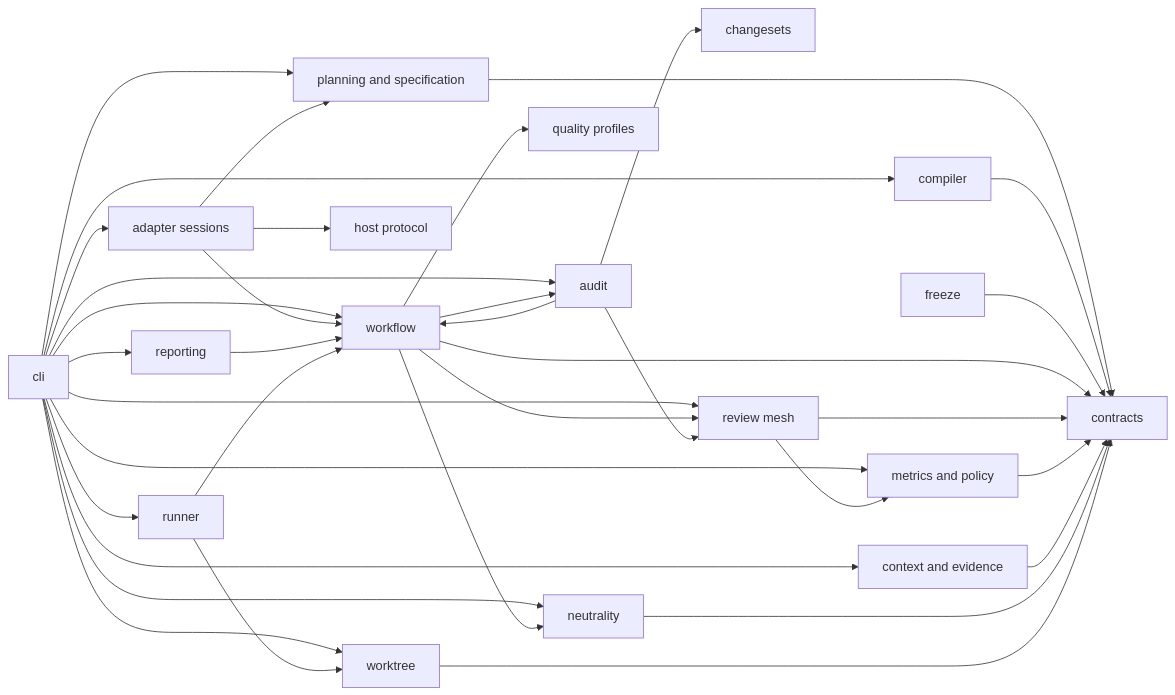
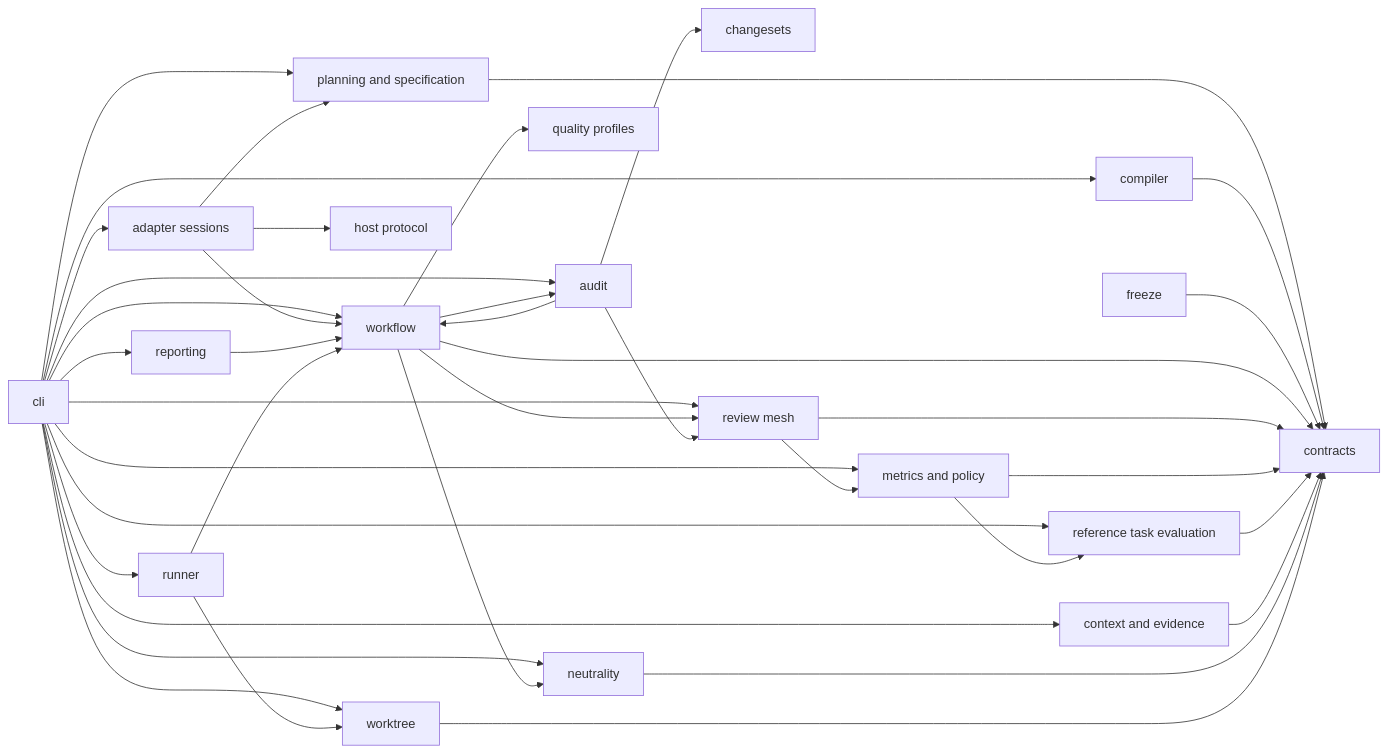
Before and after one commit to avksp/agent-lifecycle-kit: the fourth of 14 diagrams in docs/architecture/system-architecture.md, drawn with Mermaid. The commit also changed other lines of this file and 72 other files, not shown here.

Commit message:
feat(benchmarks): add reference task evaluation

````diff
--- a/docs/architecture/system-architecture.md
+++ b/docs/architecture/system-architecture.md
@@ -144,57 +144,61 @@
 ```mermaid
 flowchart LR
   cli[cli]
   contracts[contracts]
   changesets[changesets]
   compiler[compiler]
   planning[planning and specification]
   freeze[freeze]
   workflow[workflow]
   audit[audit]
   adapter_sessions[adapter sessions]
   host_protocol[host protocol]
   review_mesh[review mesh]
   reporting[reporting]
   metrics[metrics and policy]
   context[context and evidence]
   quality[quality profiles]
+  benchmarks[reference task evaluation]
   neutrality[neutrality]
   runner[runner]
   worktree[worktree]
 
   cli --> planning
   cli --> compiler
   cli --> workflow
   cli --> audit
   cli --> adapter_sessions
   cli --> review_mesh
   cli --> reporting
   cli --> metrics
   cli --> context
+  cli --> benchmarks
   cli --> neutrality
   cli --> runner
   cli --> worktree
   planning --> contracts
   compiler --> contracts
   freeze --> contracts
   workflow --> contracts
   workflow --> audit
   workflow --> quality
   workflow --> review_mesh
   workflow --> neutrality
   adapter_sessions --> workflow
   adapter_sessions --> host_protocol
   adapter_sessions --> planning
   review_mesh --> contracts
   review_mesh --> metrics
   audit --> workflow
   audit --> changesets
   audit --> review_mesh
   reporting --> workflow
   metrics --> contracts
+  benchmarks --> contracts
+  metrics --> benchmarks
   context --> contracts
   neutrality --> contracts
   runner --> workflow
   runner --> worktree
   worktree --> contracts
 ```
````
